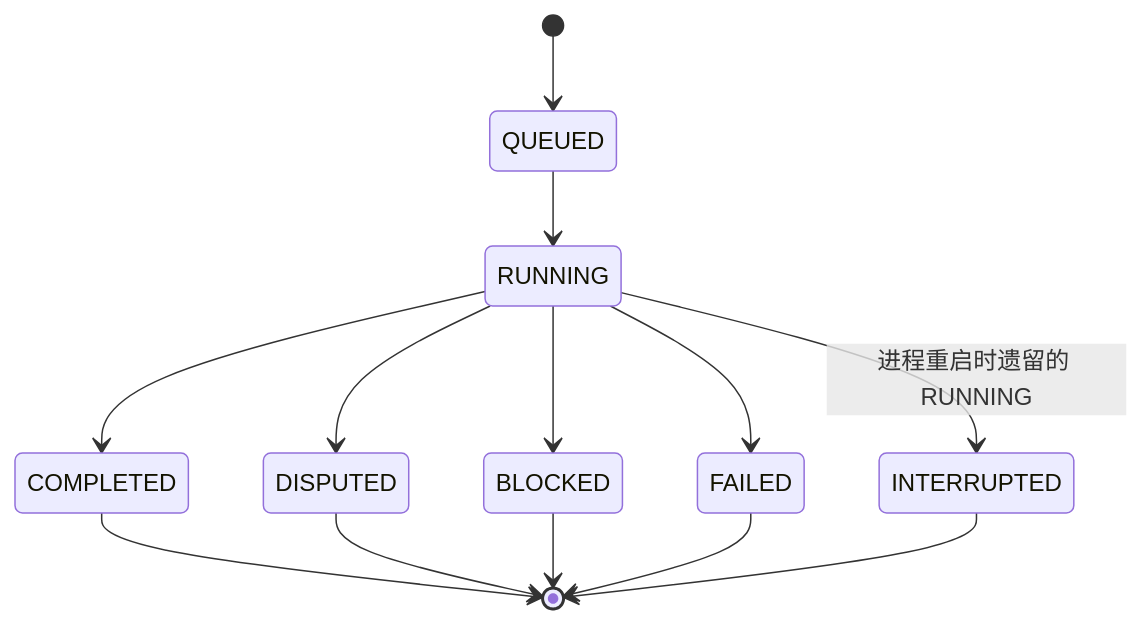
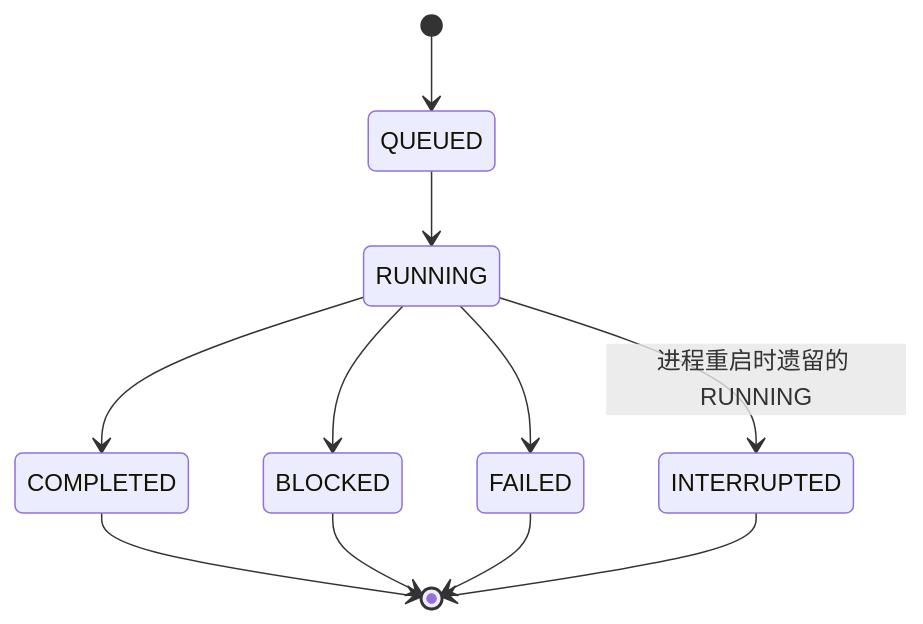
Before and after one commit to wynxing/paper-evidence-agent: the third of 4 diagrams in docs/architecture.md, drawn with Mermaid. The commit also changed other lines of this file and 6 other files, not shown here.

````diff
--- a/docs/architecture.md
+++ b/docs/architecture.md
@@ -42,15 +103,13 @@
 ```mermaid
 stateDiagram-v2
     [*] --> QUEUED
     QUEUED --> RUNNING
     RUNNING --> COMPLETED
-    RUNNING --> DISPUTED
     RUNNING --> BLOCKED
     RUNNING --> FAILED
     RUNNING --> INTERRUPTED: 进程重启时遗留的 RUNNING
     COMPLETED --> [*]
-    DISPUTED --> [*]
     BLOCKED --> [*]
     FAILED --> [*]
     INTERRUPTED --> [*]
 ```
````
